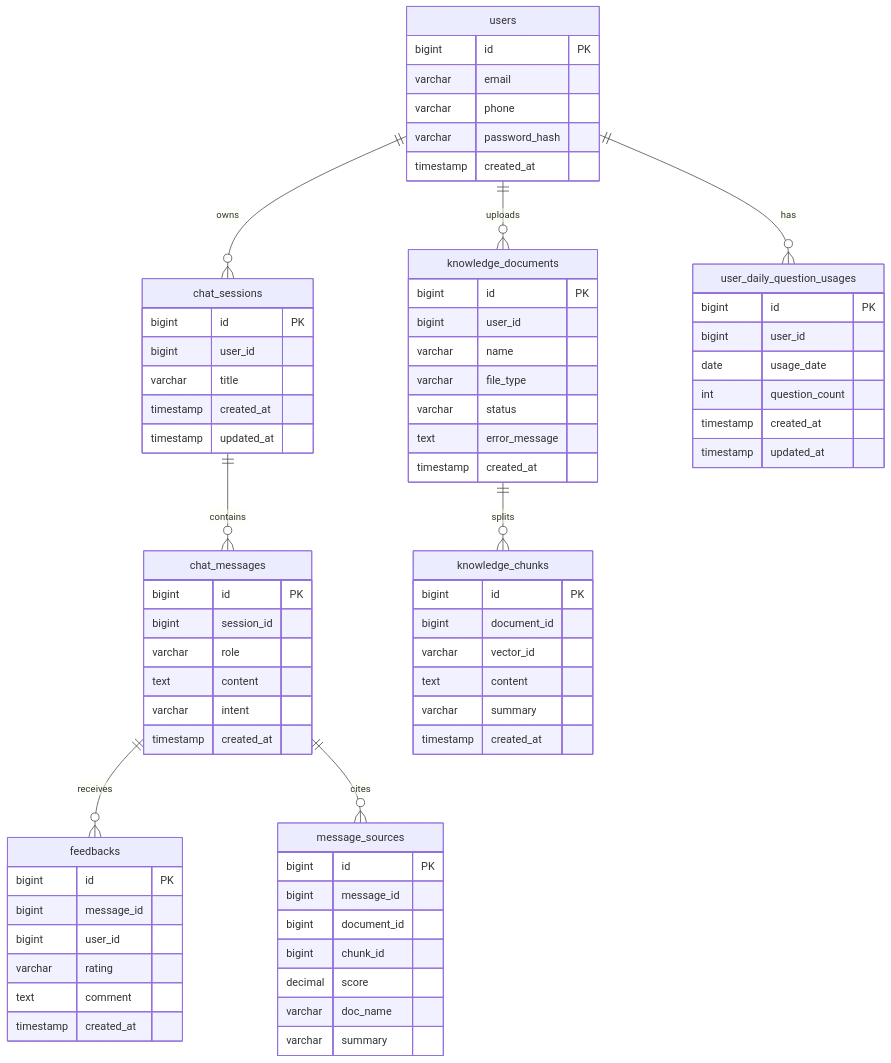
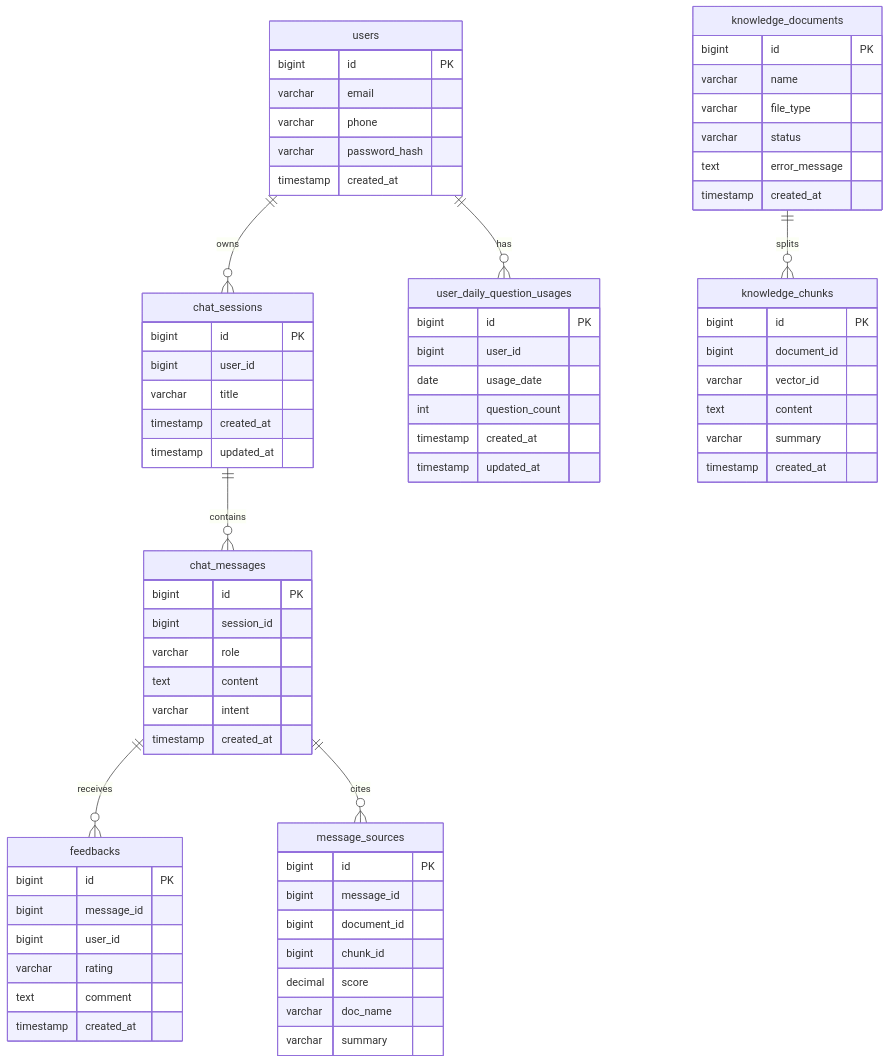
One commit to Itachi852/aegisdesk-ai changed the diagram in docs/数据库设计.md. Above: the diagram before and after it, drawn with Mermaid. The commit also changed other lines of this file and 24 other files, not shown here.

````diff
--- a/docs/数据库设计.md
+++ b/docs/数据库设计.md
@@ -7,82 +7,80 @@
 ```mermaid
 erDiagram
     users ||--o{ chat_sessions : owns
     chat_sessions ||--o{ chat_messages : contains
     chat_messages ||--o{ feedbacks : receives
     chat_messages ||--o{ message_sources : cites
-    users ||--o{ knowledge_documents : uploads
     knowledge_documents ||--o{ knowledge_chunks : splits
     users ||--o{ user_daily_question_usages : has
 
     users {
       bigint id PK
       varchar email
       varchar phone
       varchar password_hash
       timestamp created_at
     }
 
     chat_sessions {
       bigint id PK
       bigint user_id
       varchar title
       timestamp created_at
       timestamp updated_at
     }
 
     chat_messages {
       bigint id PK
       bigint session_id
       varchar role
       text content
       varchar intent
       timestamp created_at
     }
 
     knowledge_documents {
       bigint id PK
-      bigint user_id
       varchar name
       varchar file_type
       varchar status
       text error_message
       timestamp created_at
     }
 
     knowledge_chunks {
       bigint id PK
       bigint document_id
       varchar vector_id
       text content
       varchar summary
       timestamp created_at
     }
 
     message_sources {
       bigint id PK
       bigint message_id
       bigint document_id
       bigint chunk_id
       decimal score
       varchar doc_name
       varchar summary
     }
 
     feedbacks {
       bigint id PK
       bigint message_id
       bigint user_id
       varchar rating
       text comment
       timestamp created_at
     }
 
     user_daily_question_usages {
       bigint id PK
       bigint user_id
       date usage_date
       int question_count
       timestamp created_at
       timestamp updated_at
     }
 ```
````
